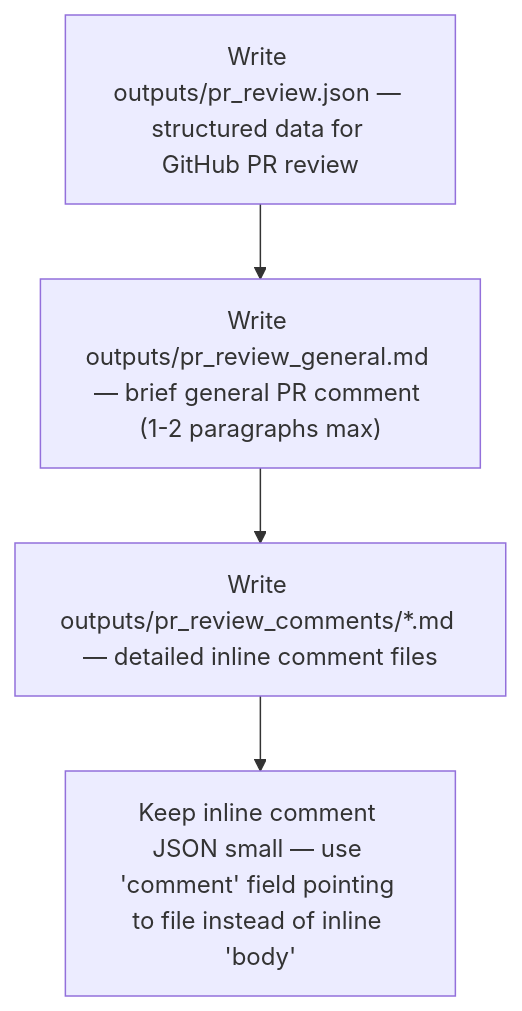
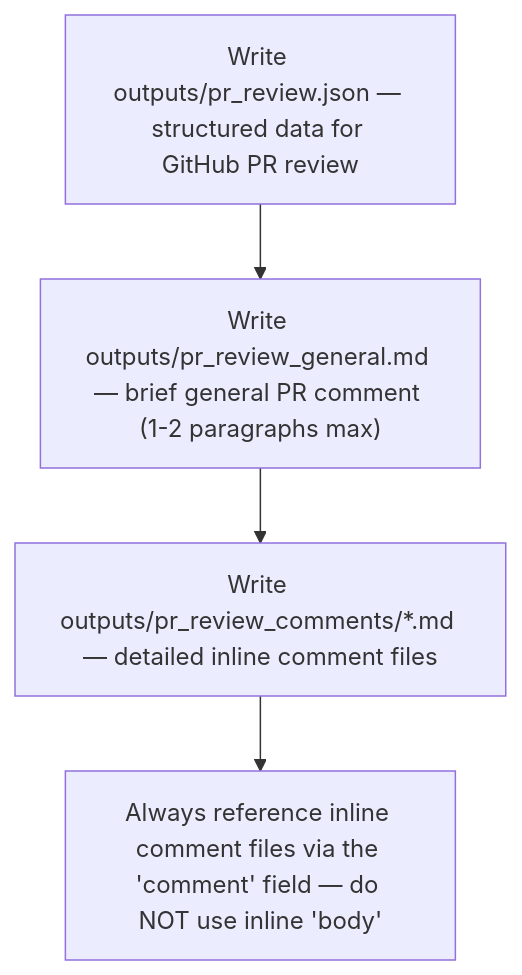
One commit to IstiN/dmtools-agents changed the diagram in instructions/pr_review/output_rules.md. Above: the diagram before and after it, drawn with Mermaid. The commit also changed 4 other files, not shown here.

First line of the commit message:
fix(pr_review): unify inline comments to always use file references

````diff
--- a/instructions/pr_review/output_rules.md
+++ b/instructions/pr_review/output_rules.md
@@ -1,8 +1,8 @@
 ```mermaid
 flowchart TD
     O1["Write outputs/pr_review.json — structured data for GitHub PR review"]
     O2["Write outputs/pr_review_general.md — brief general PR comment (1-2 paragraphs max)"]
     O3["Write outputs/pr_review_comments/*.md — detailed inline comment files"]
-    O4["Keep inline comment JSON small — use 'comment' field pointing to file instead of inline 'body'"]
+    O4["Always reference inline comment files via the 'comment' field — do NOT use inline 'body'"]
     O1 --> O2 --> O3 --> O4
 ```
````
